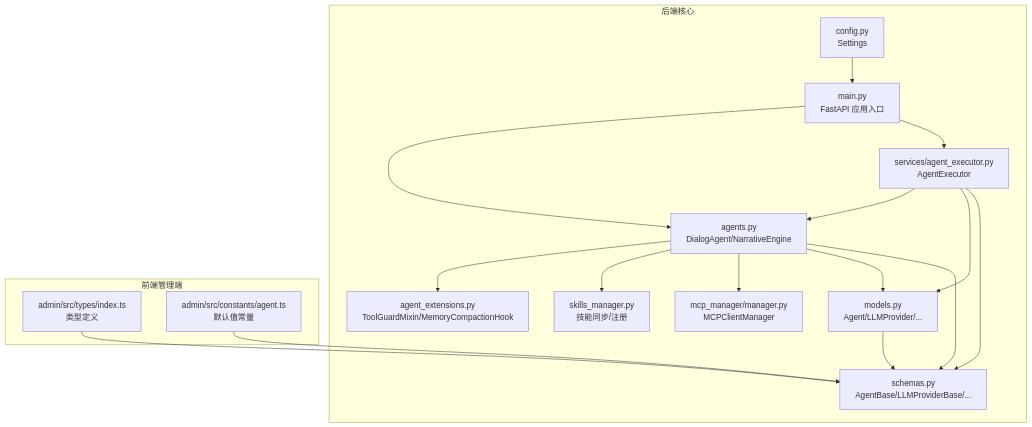
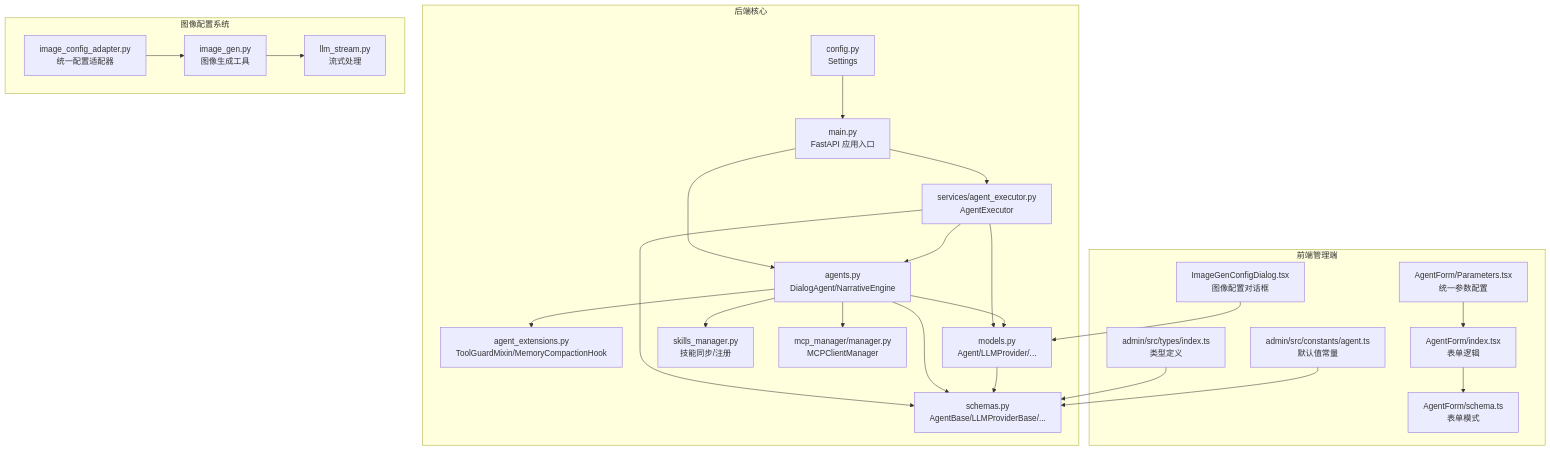
One commit to KunLabAI/KunFlix changed the first of 9 diagrams in .qoder/repowiki/zh/content/AI智能体系统/智能体配置管理.md. Above: the diagram before and after it, drawn with Mermaid. The commit also changed other lines of this file and 24 other files, not shown here.

````diff
--- a/.qoder/repowiki/zh/content/AI智能体系统/智能体配置管理.md
+++ b/.qoder/repowiki/zh/content/AI智能体系统/智能体配置管理.md
@@ -38,32 +51,46 @@
 ```mermaid
 graph TB
 subgraph "后端核心"
 A["agents.py<br/>DialogAgent/NarrativeEngine"]
 B["agent_extensions.py<br/>ToolGuardMixin/MemoryCompactionHook"]
 C["services/agent_executor.py<br/>AgentExecutor"]
 D["models.py<br/>Agent/LLMProvider/..."]
 E["schemas.py<br/>AgentBase/LLMProviderBase/..."]
 F["config.py<br/>Settings"]
 G["skills_manager.py<br/>技能同步/注册"]
 H["mcp_manager/manager.py<br/>MCPClientManager"]
 I["main.py<br/>FastAPI 应用入口"]
 end
 subgraph "前端管理端"
 J["admin/src/types/index.ts<br/>类型定义"]
 K["admin/src/constants/agent.ts<br/>默认值常量"]
+L["AgentForm/Parameters.tsx<br/>统一参数配置"]
+M["AgentForm/index.tsx<br/>表单逻辑"]
+N["AgentForm/schema.ts<br/>表单模式"]
+O["ImageGenConfigDialog.tsx<br/>图像配置对话框"]
+end
+subgraph "图像配置系统"
+P["image_config_adapter.py<br/>统一配置适配器"]
+Q["image_gen.py<br/>图像生成工具"]
+R["llm_stream.py<br/>流式处理"]
 end
 I --> A
 I --> C
 A --> B
 A --> G
 A --> H
 C --> A
 C --> D
 C --> E
 A --> D
 A --> E
 D --> E
 F --> I
 J --> E
 K --> E
+L --> M
+M --> N
+O --> D
+P --> Q
+Q --> R
 ```
````
